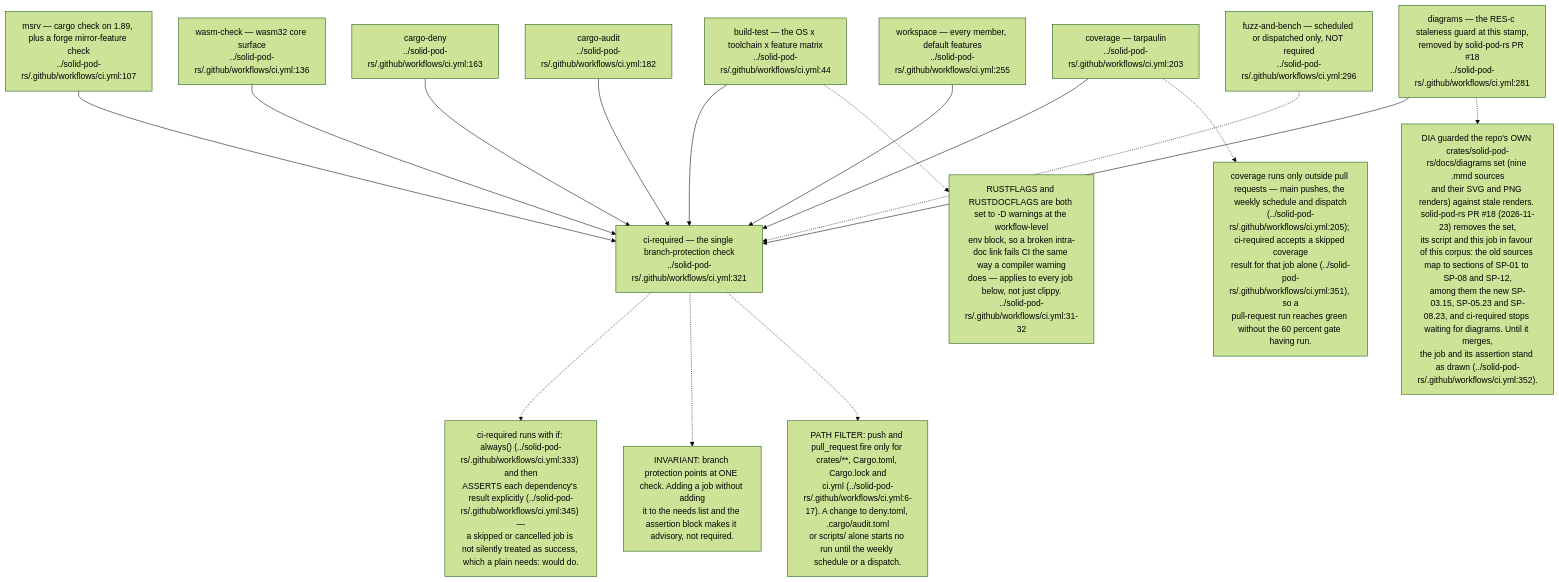
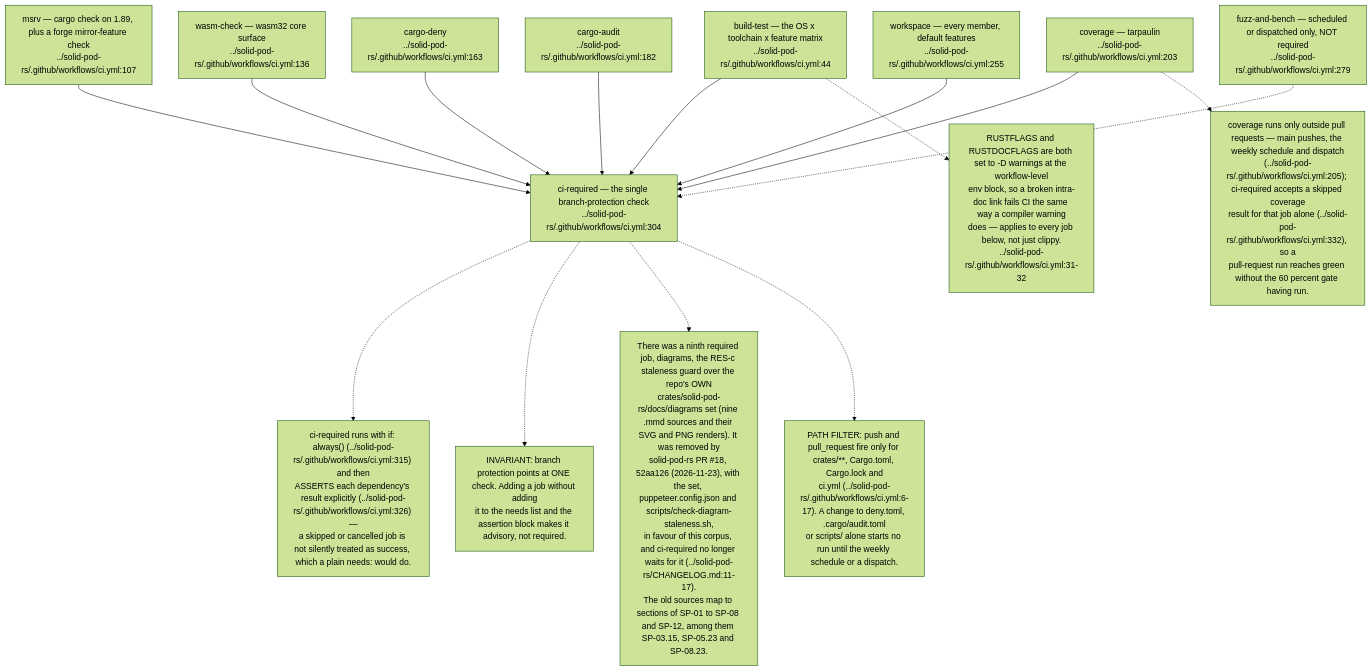
The first of 10 diagrams in docs/diagrams/solid-pod-rs/09-ci-release-and-consumer-pins.md (DreamLab-AI/VisionFlow), drawn with Mermaid (forest theme) before and after one commit. The commit also changed other lines of this file, not shown here.

First line of the commit message:
diagrams(SP-09): re-verify at solid-pod-rs 52aa126 after PR #18

````diff
--- a/docs/diagrams/solid-pod-rs/09-ci-release-and-consumer-pins.md
+++ b/docs/diagrams/solid-pod-rs/09-ci-release-and-consumer-pins.md
@@ -50,36 +50,34 @@
 ```mermaid
 flowchart TD
     BT["build-test — the OS x toolchain x feature matrix<br/>../solid-pod-rs/.github/workflows/ci.yml:44"]
     MSRV["msrv — cargo check on 1.89, plus a forge mirror-feature check<br/>../solid-pod-rs/.github/workflows/ci.yml:107"]
     WASM["wasm-check — wasm32 core surface<br/>../solid-pod-rs/.github/workflows/ci.yml:136"]
     DENY["cargo-deny<br/>../solid-pod-rs/.github/workflows/ci.yml:163"]
     AUDIT["cargo-audit<br/>../solid-pod-rs/.github/workflows/ci.yml:182"]
     COV["coverage — tarpaulin<br/>../solid-pod-rs/.github/workflows/ci.yml:203"]
     WS["workspace — every member, default features<br/>../solid-pod-rs/.github/workflows/ci.yml:255"]
-    DIA["diagrams — the RES-c staleness guard at this stamp,<br/>removed by solid-pod-rs PR #18<br/>../solid-pod-rs/.github/workflows/ci.yml:281"]
-    FZ["fuzz-and-bench — scheduled or dispatched only, NOT required<br/>../solid-pod-rs/.github/workflows/ci.yml:296"]
-    REQ["ci-required — the single branch-protection check<br/>../solid-pod-rs/.github/workflows/ci.yml:321"]
+    FZ["fuzz-and-bench — scheduled or dispatched only, NOT required<br/>../solid-pod-rs/.github/workflows/ci.yml:279"]
+    REQ["ci-required — the single branch-protection check<br/>../solid-pod-rs/.github/workflows/ci.yml:304"]
 
     BT --> REQ
     MSRV --> REQ
     WASM --> REQ
     DENY --> REQ
     AUDIT --> REQ
     COV --> REQ
     WS --> REQ
-    DIA --> REQ
     FZ -.-> REQ
 
-    N["ci-required runs with if: always() (../solid-pod-rs/.github/workflows/ci.yml:333) and then<br/>ASSERTS each dependency's result explicitly (../solid-pod-rs/.github/workflows/ci.yml:345) —<br/>a skipped or cancelled job is not silently treated as success, which a plain needs: would do."]
+    N["ci-required runs with if: always() (../solid-pod-rs/.github/workflows/ci.yml:315) and then<br/>ASSERTS each dependency's result explicitly (../solid-pod-rs/.github/workflows/ci.yml:326) —<br/>a skipped or cancelled job is not silently treated as success, which a plain needs: would do."]
     REQ -.-> N
     N2["INVARIANT: branch protection points at ONE check. Adding a job without adding<br/>it to the needs list and the assertion block makes it advisory, not required."]
     REQ -.-> N2
-    N2B["coverage runs only outside pull requests — main pushes, the weekly schedule and dispatch<br/>(../solid-pod-rs/.github/workflows/ci.yml:205); ci-required accepts a skipped coverage<br/>result for that job alone (../solid-pod-rs/.github/workflows/ci.yml:351), so a<br/>pull-request run reaches green without the 60 percent gate having run."]
+    N2B["coverage runs only outside pull requests — main pushes, the weekly schedule and dispatch<br/>(../solid-pod-rs/.github/workflows/ci.yml:205); ci-required accepts a skipped coverage<br/>result for that job alone (../solid-pod-rs/.github/workflows/ci.yml:332), so a<br/>pull-request run reaches green without the 60 percent gate having run."]
     COV -.-> N2B
     N3["RUSTFLAGS and RUSTDOCFLAGS are both set to -D warnings at the workflow-level<br/>env block, so a broken intra-doc link fails CI the same way a compiler warning<br/>does — applies to every job below, not just clippy.<br/>../solid-pod-rs/.github/workflows/ci.yml:31-32"]
     BT -.-> N3
-    N4["DIA guarded the repo's OWN crates/solid-pod-rs/docs/diagrams set (nine .mmd sources<br/>and their SVG and PNG renders) against stale renders. solid-pod-rs PR #18 (2026-11-23) removes the set,<br/>its script and this job in favour of this corpus: the old sources map to sections of SP-01 to SP-08 and SP-12,<br/>among them the new SP-03.15, SP-05.23 and SP-08.23, and ci-required stops waiting for diagrams. Until it merges,<br/>the job and its assertion stand as drawn (../solid-pod-rs/.github/workflows/ci.yml:352)."]
-    DIA -.-> N4
+    N4["There was a ninth required job, diagrams, the RES-c staleness guard over the repo's OWN<br/>crates/solid-pod-rs/docs/diagrams set (nine .mmd sources and their SVG and PNG renders). It was removed by<br/>solid-pod-rs PR #18, 52aa126 (2026-11-23), with the set, puppeteer.config.json and scripts/check-diagram-staleness.sh,<br/>in favour of this corpus, and ci-required no longer waits for it (../solid-pod-rs/CHANGELOG.md:11-17).<br/>The old sources map to sections of SP-01 to SP-08 and SP-12, among them SP-03.15, SP-05.23 and SP-08.23."]
+    REQ -.-> N4
     N5["PATH FILTER: push and pull_request fire only for crates/**, Cargo.toml, Cargo.lock and<br/>ci.yml (../solid-pod-rs/.github/workflows/ci.yml:6-17). A change to deny.toml, .cargo/audit.toml<br/>or scripts/ alone starts no run until the weekly schedule or a dispatch."]
     REQ -.-> N5
 ```
````
